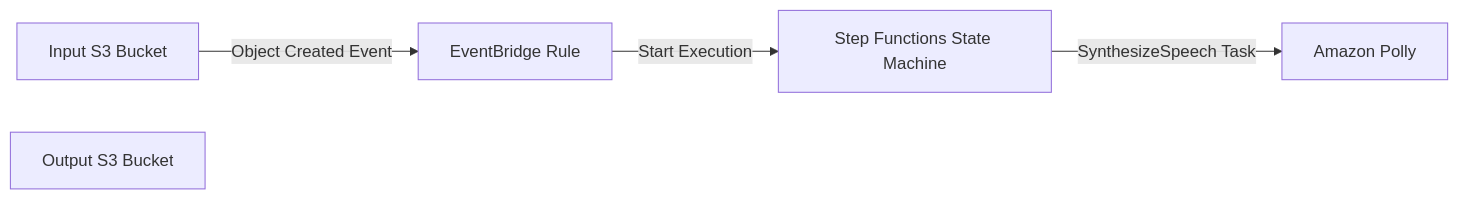
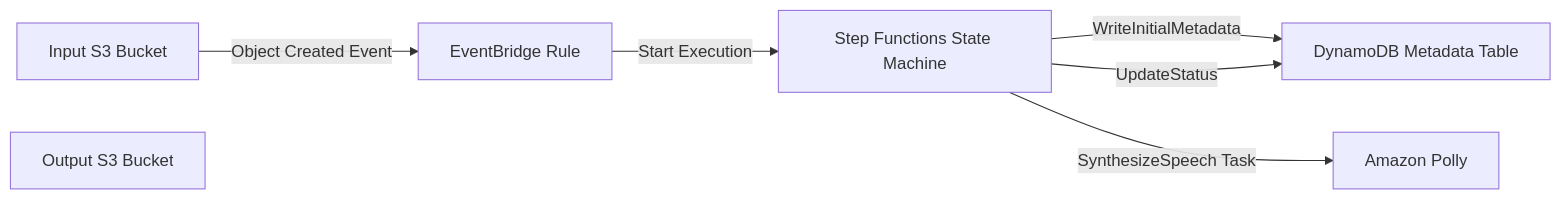
One commit to obstreperous-ai/cdk-sleep-csharp-kiro changed the second of 2 diagrams in docs/ARCHITECTURE.md. Above: the diagram before and after it, drawn with Mermaid. The commit also changed other lines of this file and 5 other files, not shown here.

First line of the commit message:
feat: add DynamoDB metadata table and extend state machine with metadata tracking

````diff
--- a/docs/ARCHITECTURE.md
+++ b/docs/ARCHITECTURE.md
@@ -78,7 +82,9 @@
 ```mermaid
 flowchart LR
     A[Input S3 Bucket] -->|Object Created Event| B[EventBridge Rule]
     B -->|Start Execution| C[Step Functions State Machine]
-    C -->|SynthesizeSpeech Task| D[Amazon Polly]
-    E[Output S3 Bucket]
+    C -->|WriteInitialMetadata| D[DynamoDB Metadata Table]
+    C -->|SynthesizeSpeech Task| E[Amazon Polly]
+    C -->|UpdateStatus| D
+    F[Output S3 Bucket]
 ```
````
